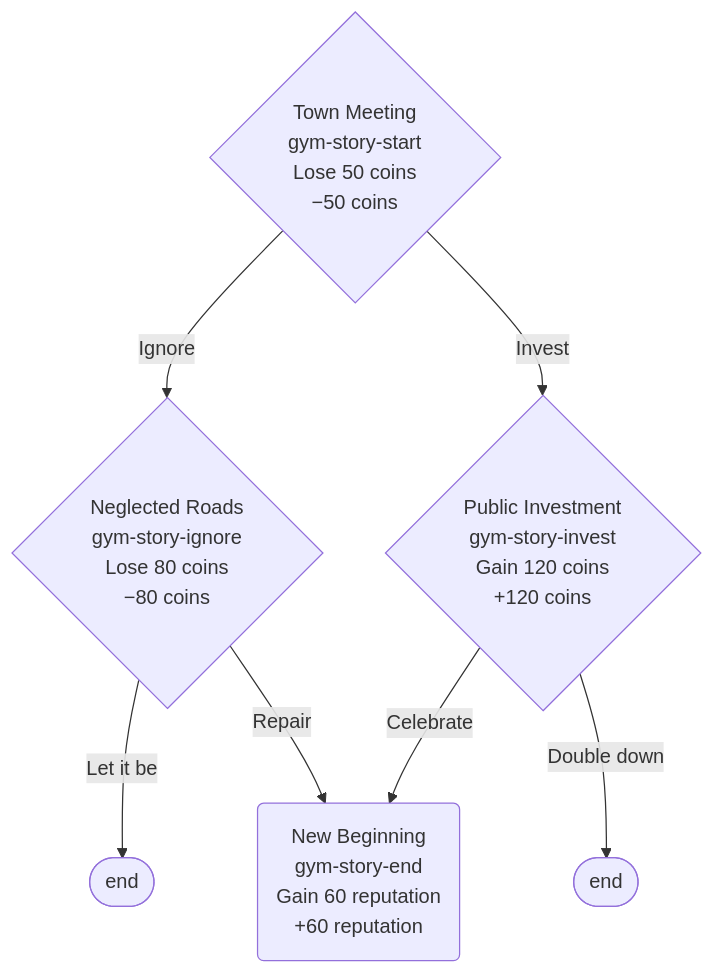
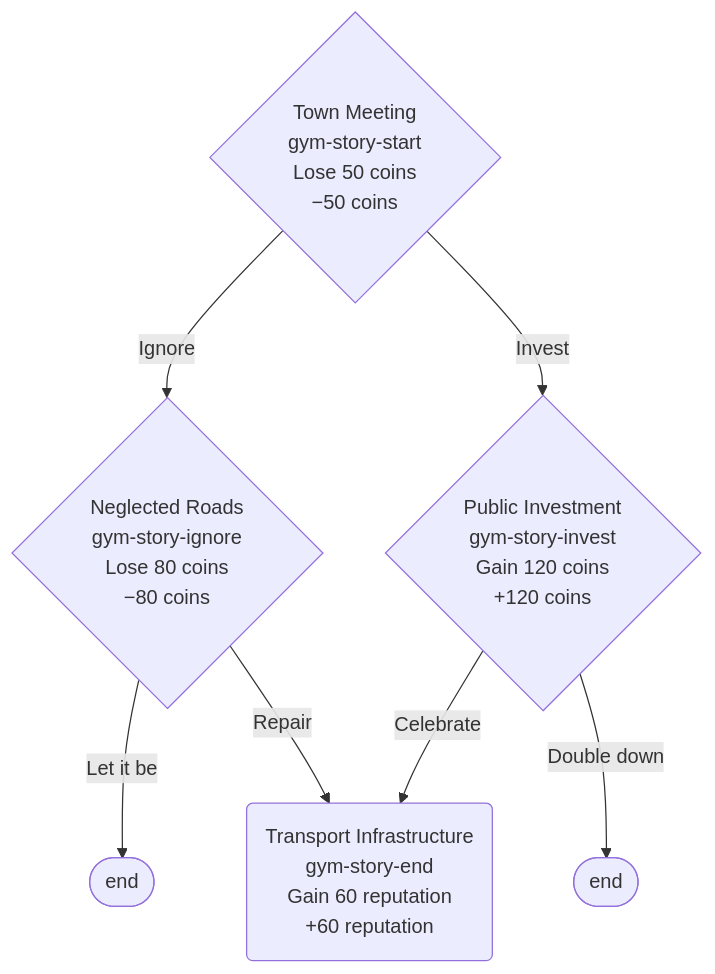
The diagram in example-games/gym/content/storyline-graph.mmd (TheWizardsCode/Tableau-Card-Engine), drawn with Mermaid before and after one commit. The commit also changed 6 other files, not shown here.

```diff
--- a/example-games/gym/content/storyline-graph.mmd
+++ b/example-games/gym/content/storyline-graph.mmd
@@ -1,15 +1,15 @@
 %%{ init: { "flowchart": { "curve": "basis" } } }%%
 flowchart TD
-  gym_story_end("New Beginning<br/>gym-story-end<br/>Gain 60 reputation<br/>+60 reputation")
+  gym_story_end("Transport Infrastructure<br/>gym-story-end<br/>Gain 60 reputation<br/>+60 reputation")
   gym_story_ignore{"Neglected Roads<br/>gym-story-ignore<br/>Lose 80 coins<br/>−80 coins"}
   gym_story_invest{"Public Investment<br/>gym-story-invest<br/>Gain 120 coins<br/>+120 coins"}
   gym_story_start{"Town Meeting<br/>gym-story-start<br/>Lose 50 coins<br/>−50 coins"}
 
   gym_story_ignore_Let_it_be_end(["end"])
   gym_story_ignore -->|Let it be| gym_story_ignore_Let_it_be_end
   gym_story_ignore -->|Repair| gym_story_end
   gym_story_invest -->|Celebrate| gym_story_end
   gym_story_invest_Double_down_end(["end"])
   gym_story_invest -->|Double down| gym_story_invest_Double_down_end
   gym_story_start -->|Ignore| gym_story_ignore
   gym_story_start -->|Invest| gym_story_invest
```
